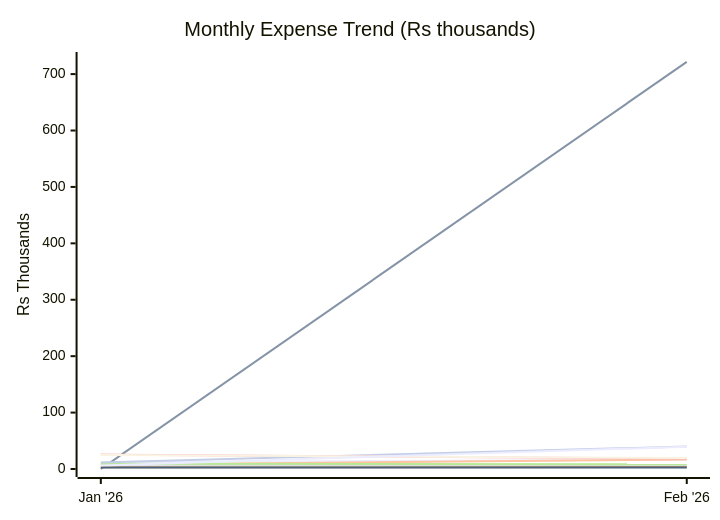
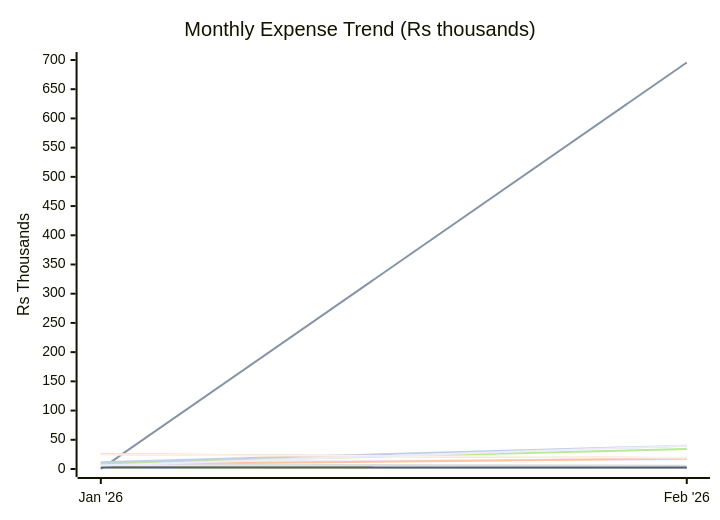
The first of 2 diagrams in reports/2026-02.md (sachin-hg/expense-reporter), drawn with Mermaid before and after one commit. The commit also changed other lines of this file and 7 other files, not shown here.

````diff
--- a/reports/2026-02.md
+++ b/reports/2026-02.md
@@ -24,17 +24,17 @@
 ```mermaid
 xychart-beta
     title "Monthly Expense Trend (Rs thousands)"
     x-axis ["Jan '26", "Feb '26"]
-    y-axis "Rs Thousands" 0 --> 725
+    y-axis "Rs Thousands" 0 --> 700
     line "Travel" [12.1, 16.5]
-    line "Trip" [0.0, 721.7]
-    line "Shopping" [7.8, 16.7]
+    line "Trip" [0.0, 695.8]
+    line "Shopping" [7.8, 17.8]
     line "Baby" [7.7, 5.6]
-    line "Outside Food" [9.5, 8.4]
-    line "Grocery" [2.9, 3.7]
+    line "Outside Food" [9.5, 34.3]
+    line "Grocery" [2.9, 2.6]
     line "Utilities & Bills" [11.5, 39.9]
     line "Health, Fitness & Self Care" [25.5, 18.4]
     line "Upskill / AI" [2.6, 2.5]
     line "Rohan" [24.8, 19.3]
     line "Others" [6.0, 39.6]
 ```
````
